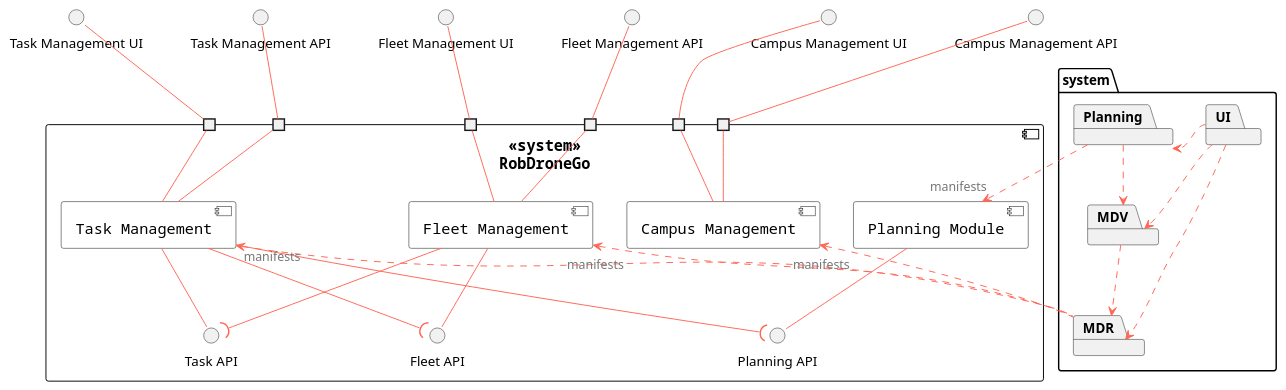
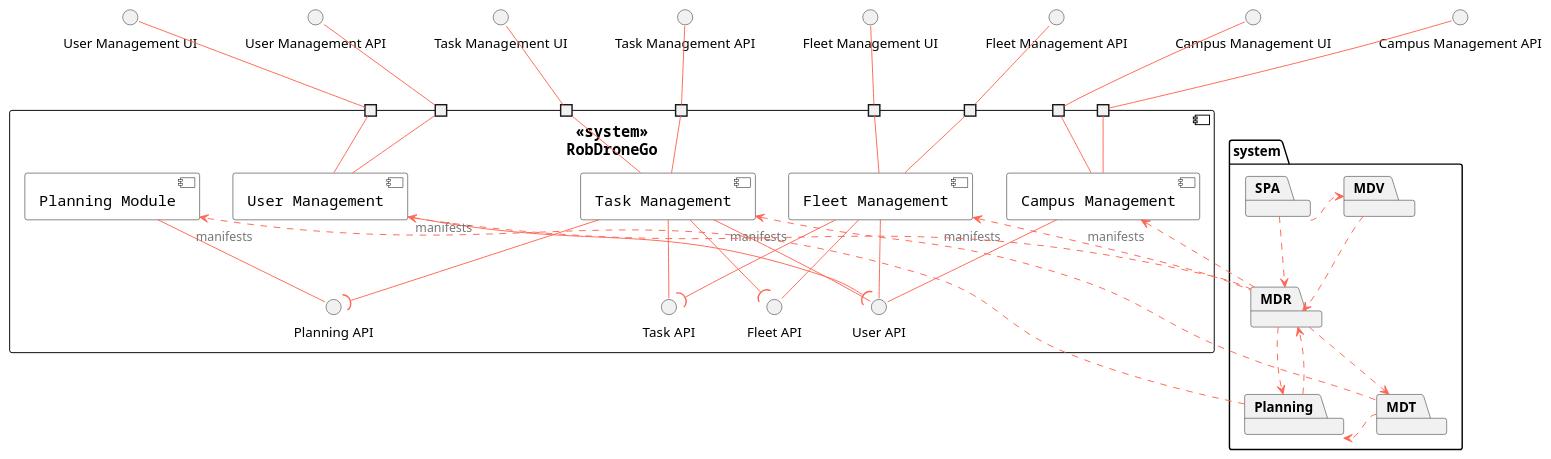
One commit to Departamento-de-Engenharia-Informatica/lapr5-23-24-g19 changed the diagram in docs/general-purpose/mappings/logical-implementation-view.puml. Above: the diagram before and after it, drawn with PlantUML. The commit also changed 8 other files, not shown here.

```diff
--- a/docs/general-purpose/mappings/logical-implementation-view.puml
+++ b/docs/general-purpose/mappings/logical-implementation-view.puml
@@ -1,86 +1,101 @@
 @startuml
 
 skinparam component {
     FontSize 16
     BackgroundColor<<Apache>> LightCoral
     BorderColor<<Apache>> #FF6655
     FontName Courier
     BorderColor black
     BackgroundColor White
     ArrowFontName Impact
     ArrowColor #FF6655
     ArrowFontColor #777777
 }
 
 component "<<system>>\nRobDroneGo" {
     port " " as p_campus_ui
     port " " as p_fleet_ui
     port " " as p_task_ui
+    port " " as p_user_ui
     port " " as p_campus_api
     port " " as p_fleet_api
     port " " as p_task_api
+    port " " as p_user_api
 
     component "Campus Management" as campus{
     }
     component "Fleet Management" as fleet {
     }
     component "Task Management" as task {
+    }
+    component "User Management" as user {
     }
 
     ' interior
     [Planning Module] -- "Planning API"
     task --( "Planning API"
     task -- "Task API"
     fleet -- "Fleet API"
     task --( "Fleet API"
     fleet --( "Task API"
+    user --( "User API"
+    campus -- "User API"
+    fleet -- "User API"
+    task -- "User API"
 }
 
 ' exterior
 campus -- p_campus_ui
 campus -- p_campus_api
 p_campus_api -up- "Campus Management API"
 p_campus_ui -up- "Campus Management UI"
 
 fleet -- p_fleet_ui
 fleet -- p_fleet_api
 p_fleet_api -up- "Fleet Management API"
 p_fleet_ui -up- "Fleet Management UI"
 
 task -- p_task_ui
 task -- p_task_api
 p_task_api -up- "Task Management API"
 p_task_ui -up- "Task Management UI"
 
+user -- p_user_ui
+user -- p_user_api
+p_user_api -up- "User Management API"
+p_user_ui -up- "User Management UI"
+
 package system {
-    package "UI" {
-
-
+    package "SPA" {
     }
 
     package "Planning" {
-
     }
 
     package "MDV" {
-
     }
 
     package "MDR" {
-
     }
 
-    "UI" .right.> "Planning"
-    "UI" .right.> "MDV"
-    "UI" .right.> "MDR"
+    package "MDT" {
+    }
 
-    "Planning" .down.> "MDV"
+    "SPA" .right.> "MDR"
+    "SPA" .right.> "MDV"
     "MDV" .down.> "MDR"
+    "MDR" .right.> "MDT"
+    "MDT" .right.> "Planning"
+    "MDR" ..> "Planning"
+    "Planning" ..> "MDR"
 }
 
-"MDR" .up.> "manifests" task
 "MDR" .up.> "manifests" fleet
 "MDR" .up.> "manifests" campus
 
 "Planning" ..> "manifests" "Planning Module"
+
+"MDT" .up.> "manifests" task
+
+"MDR" .up.> "manifests" user
 @enduml
```
